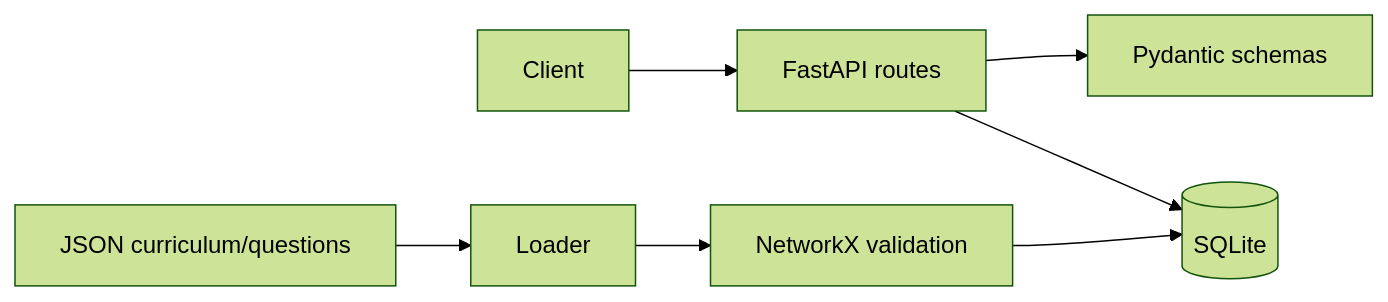
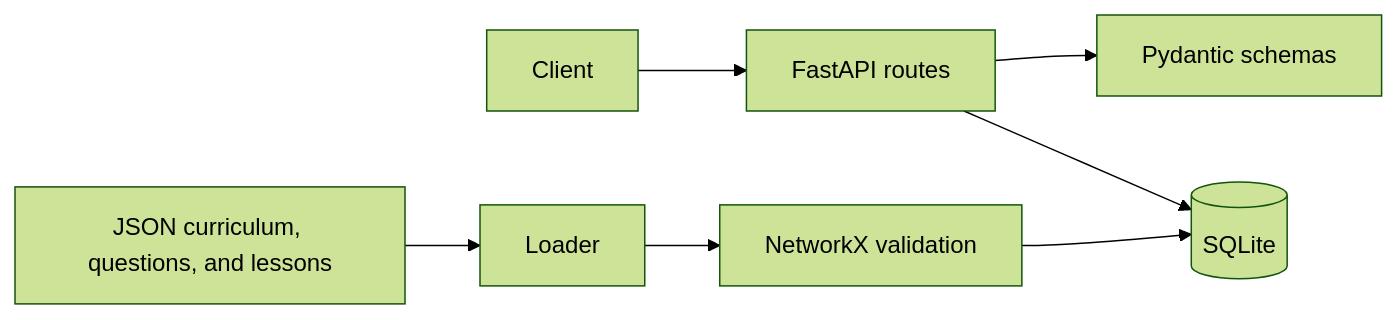
The first of 2 diagrams in docs/architecture.md (kapil31jangid/research), drawn with Mermaid (forest theme) before and after one commit. The commit also changed other lines of this file and 40 other files, not shown here.

````diff
--- a/docs/architecture.md
+++ b/docs/architecture.md
@@ -12,9 +16,9 @@
 ```mermaid
 flowchart LR
   Client --> API[FastAPI routes]
   API --> Schemas[Pydantic schemas]
   API --> DB[(SQLite)]
-  Seed[JSON curriculum/questions] --> Loader
+  Seed[JSON curriculum, questions, and lessons] --> Loader
   Loader --> Graph[NetworkX validation]
   Graph --> DB
 ```
````
